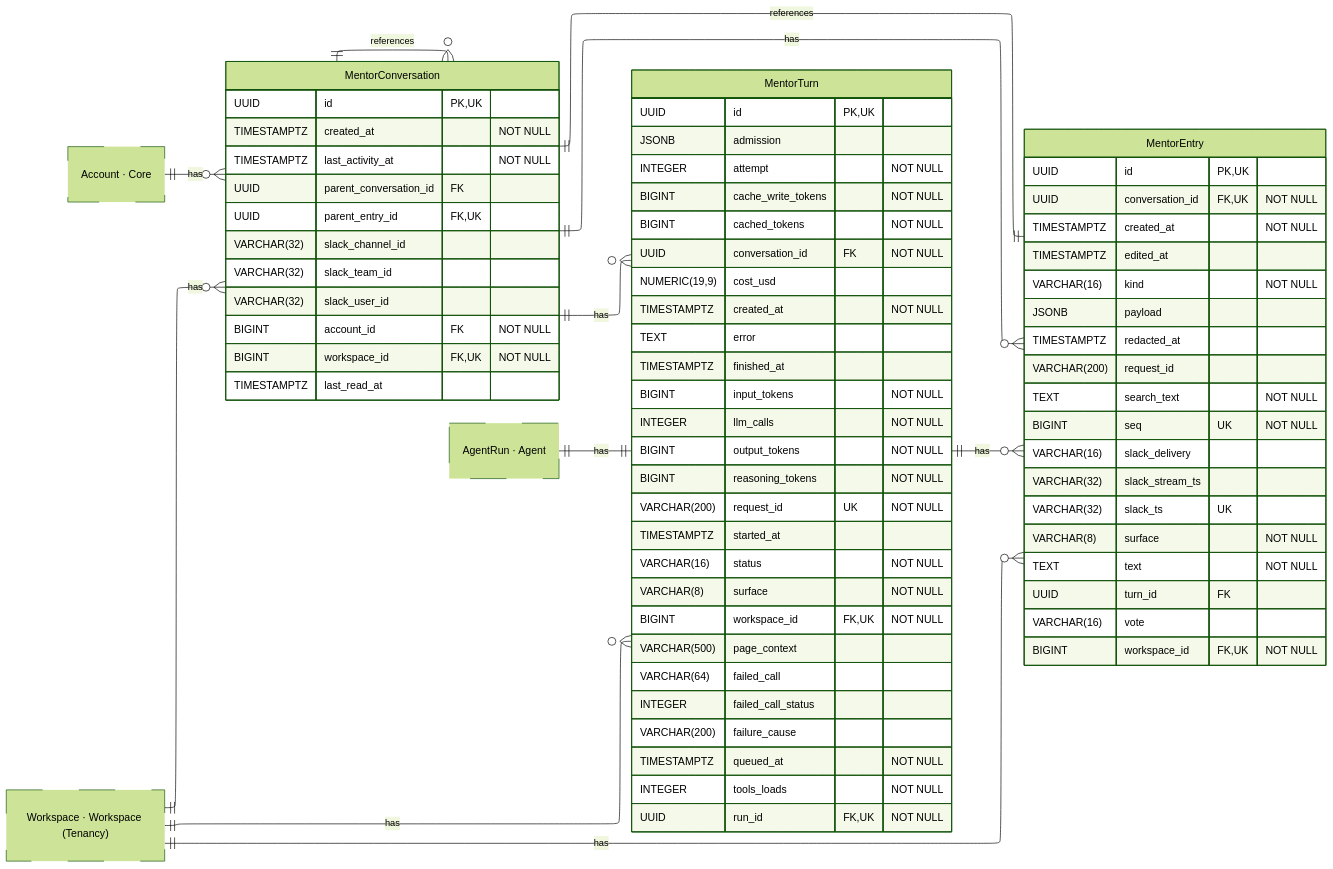
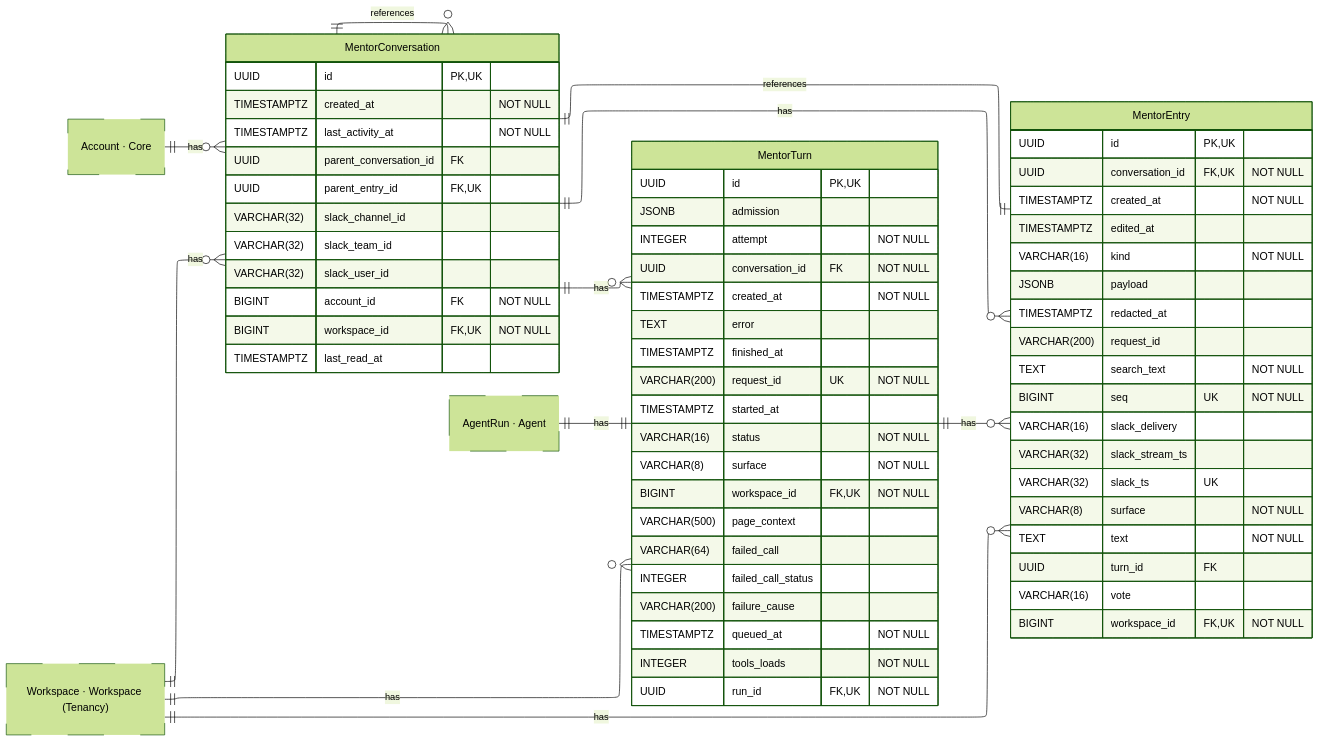
Before and after one commit to hephaestus-build/Hephaestus: the diagram in docs/contributor/erd/mentor.mmd, drawn with Mermaid (forest theme). The commit also changed 189 other files, not shown here.

```diff
--- a/docs/contributor/erd/mentor.mmd
+++ b/docs/contributor/erd/mentor.mmd
@@ -1,103 +1,96 @@
 ---
 config:
     layout: elk
 ---
 erDiagram
     %% Generated automatically from PostgreSQL database schema
     %% using scripts/generate-mermaid-erd.ts
     %% To regenerate: vp run db:generate-erd-docs
 
     direction LR
 
     MentorConversation {
         UUID id PK,UK
         TIMESTAMPTZ created_at "NOT NULL"
         TIMESTAMPTZ last_activity_at "NOT NULL"
         UUID parent_conversation_id FK
         UUID parent_entry_id FK,UK
         VARCHAR(32) slack_channel_id
         VARCHAR(32) slack_team_id
         VARCHAR(32) slack_user_id
         BIGINT account_id FK "NOT NULL"
         BIGINT workspace_id FK,UK "NOT NULL"
         TIMESTAMPTZ last_read_at
     }
 
     MentorEntry {
         UUID id PK,UK
         UUID conversation_id FK,UK "NOT NULL"
         TIMESTAMPTZ created_at "NOT NULL"
         TIMESTAMPTZ edited_at
         VARCHAR(16) kind "NOT NULL"
         JSONB payload
         TIMESTAMPTZ redacted_at
         VARCHAR(200) request_id
         TEXT search_text "NOT NULL"
         BIGINT seq UK "NOT NULL"
         VARCHAR(16) slack_delivery
         VARCHAR(32) slack_stream_ts
         VARCHAR(32) slack_ts UK
         VARCHAR(8) surface "NOT NULL"
         TEXT text "NOT NULL"
         UUID turn_id FK
         VARCHAR(16) vote
         BIGINT workspace_id FK,UK "NOT NULL"
     }
 
     MentorTurn {
         UUID id PK,UK
         JSONB admission
         INTEGER attempt "NOT NULL"
-        BIGINT cache_write_tokens "NOT NULL"
-        BIGINT cached_tokens "NOT NULL"
         UUID conversation_id FK "NOT NULL"
-        NUMERIC(19,9) cost_usd
         TIMESTAMPTZ created_at "NOT NULL"
         TEXT error
         TIMESTAMPTZ finished_at
-        BIGINT input_tokens "NOT NULL"
-        INTEGER llm_calls "NOT NULL"
-        BIGINT output_tokens "NOT NULL"
-        BIGINT reasoning_tokens "NOT NULL"
         VARCHAR(200) request_id UK "NOT NULL"
         TIMESTAMPTZ started_at
         VARCHAR(16) status "NOT NULL"
         VARCHAR(8) surface "NOT NULL"
         BIGINT workspace_id FK,UK "NOT NULL"
         VARCHAR(500) page_context
         VARCHAR(64) failed_call
         INTEGER failed_call_status
         VARCHAR(200) failure_cause
         TIMESTAMPTZ queued_at "NOT NULL"
         INTEGER tools_loads "NOT NULL"
         UUID run_id FK,UK "NOT NULL"
     }
 
     Account["Account · Core"]
     AgentRun["AgentRun · Agent"]
     Workspace["Workspace · Workspace (Tenancy)"]
 
     %% Relationships
     %% One-to-One relationships
     MentorEntry ||--|| MentorConversation : references
     AgentRun ||--|| MentorTurn : has
 
     %% One-to-Many relationships
     Account ||--o{ MentorConversation : has
     MentorConversation ||--o{ MentorConversation : references
     Workspace ||--o{ MentorConversation : has
     MentorConversation ||--o{ MentorEntry : has
     MentorTurn ||--o{ MentorEntry : has
     Workspace ||--o{ MentorEntry : has
     MentorConversation ||--o{ MentorTurn : has
     Workspace ||--o{ MentorTurn : has
 
     %% Styling
     classDef primaryEntity stroke:#0288d1,stroke-width:2px
     classDef associationEntity stroke:#8e24aa,stroke-width:2px
     classDef metadataEntity stroke:#43a047,stroke-width:2px
     classDef referenceEntity stroke-dasharray:5 5
 
     class Account referenceEntity
     class AgentRun referenceEntity
     class Workspace referenceEntity
```
